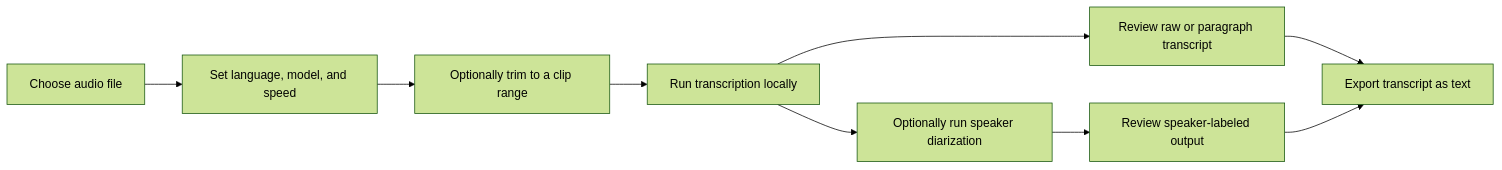
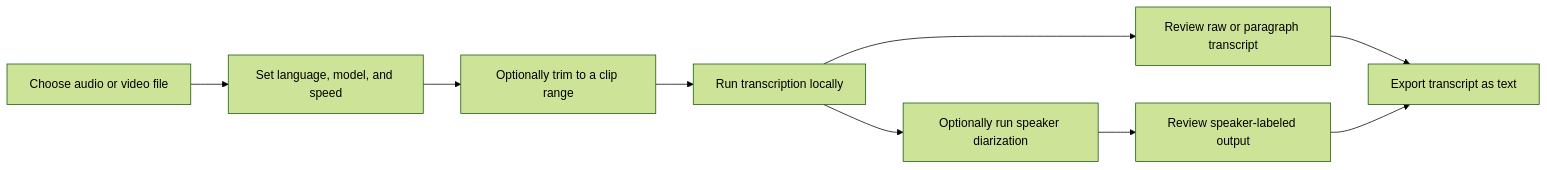
The first of 2 diagrams in README.md (k-f-m/MemoMorf), drawn with Mermaid (forest theme) before and after one commit. The commit also changed other lines of this file and 16 other files, not shown here.

````diff
--- a/README.md
+++ b/README.md
@@ -41,11 +41,11 @@
 ```mermaid
 flowchart LR
-	A[Choose audio file] --> B[Set language, model, and speed]
+	A[Choose audio or video file] --> B[Set language, model, and speed]
 	B --> C[Optionally trim to a clip range]
 	C --> D[Run transcription locally]
 	D --> E[Review raw or paragraph transcript]
 	D --> F[Optionally run speaker diarization]
 	E --> H[Export transcript as text]
 	F --> G[Review speaker-labeled output]
 	G --> H
 ```
````
